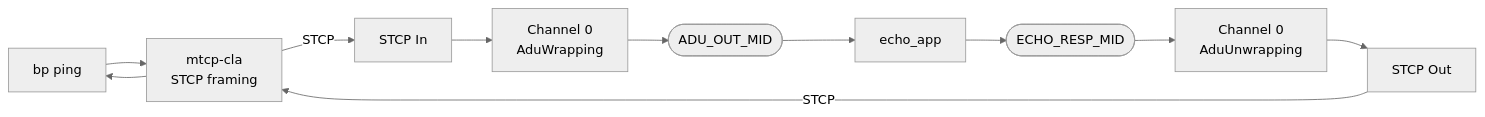
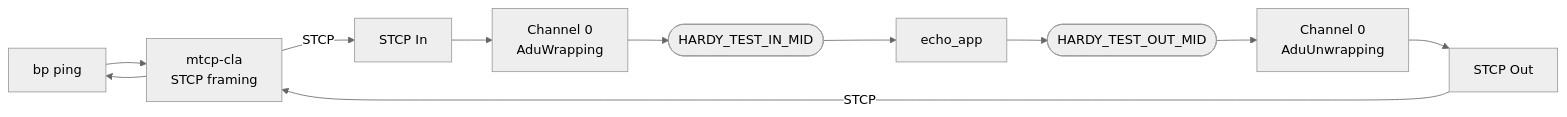
The first of 2 diagrams in tests/interop/NASA-cFS/README.md (ricktaylor/hardy), drawn with Mermaid (neutral theme) before and after one commit. The commit also changed other lines of this file and 10 other files, not shown here.

````diff
--- a/tests/interop/NASA-cFS/README.md
+++ b/tests/interop/NASA-cFS/README.md
@@ -41,13 +48,13 @@
 ```mermaid
 flowchart LR
     BP["bp ping"] --> CLA["mtcp-cla<br/>STCP framing"]
     CLA -- "STCP" --> STCP_IN["STCP In"]
     STCP_IN --> CH0_W["Channel 0<br/>AduWrapping"]
-    CH0_W --> ADU_OUT(["ADU_OUT_MID"])
+    CH0_W --> ADU_OUT(["HARDY_TEST_IN_MID"])
     ADU_OUT --> ECHO["echo_app"]
-    ECHO --> ECHO_RESP(["ECHO_RESP_MID"])
+    ECHO --> ECHO_RESP(["HARDY_TEST_OUT_MID"])
     ECHO_RESP --> CH0_U["Channel 0<br/>AduUnwrapping"]
     CH0_U --> STCP_OUT["STCP Out"]
     STCP_OUT -- "STCP" --> CLA
     CLA --> BP
 ```
````
